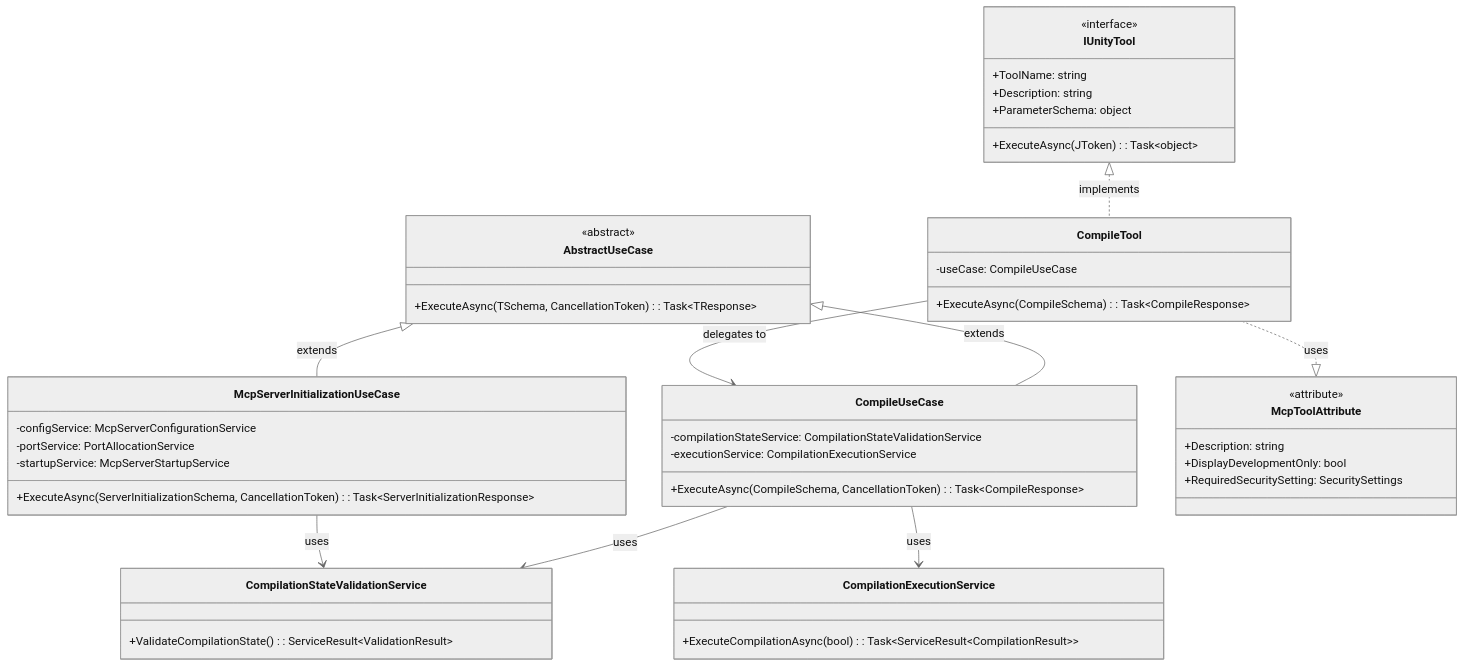
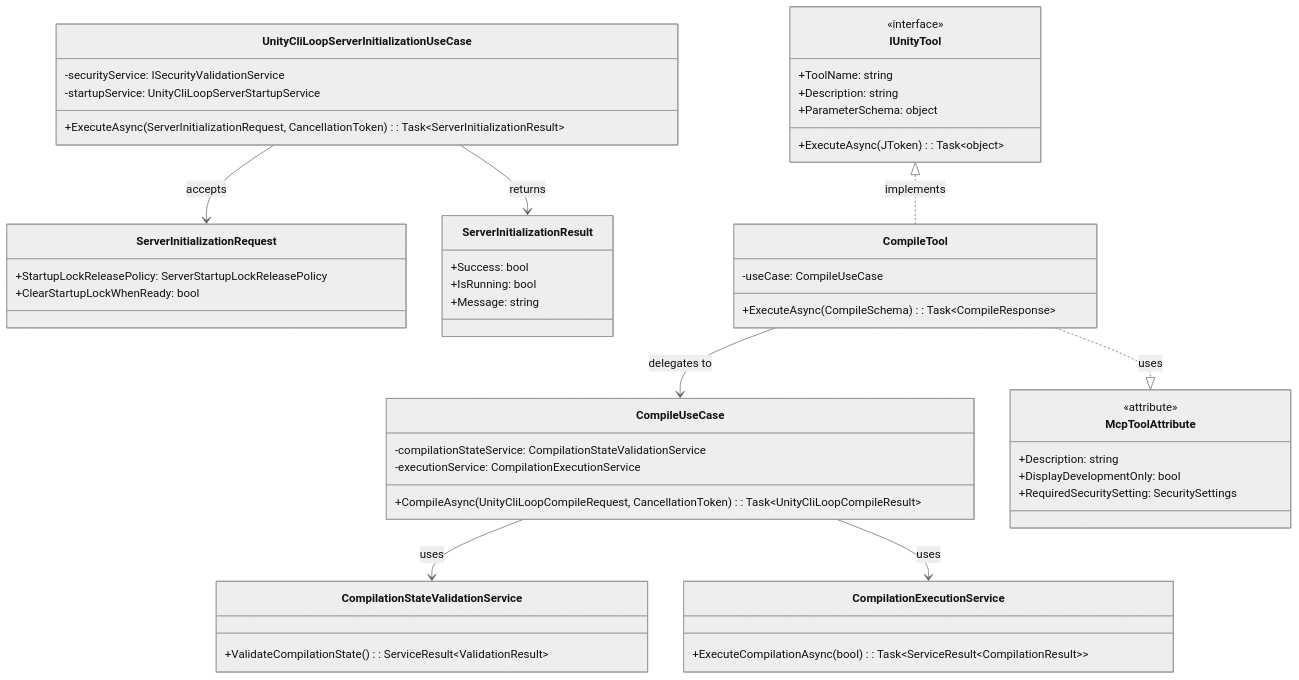
One commit to hatayama/unity-cli-loop changed the fourth of 7 diagrams in Packages/docs/ARCHITECTURE_Unity.md. Above: the diagram before and after it, drawn with Mermaid (neutral theme). The commit also changed other lines of this file and 219 other files, not shown here.

Commit message:
chore: Improve Unity CLI Loop settings and skill setup reliability (#1079)

````diff
--- a/Packages/docs/ARCHITECTURE_Unity.md
+++ b/Packages/docs/ARCHITECTURE_Unity.md
@@ -249,57 +249,61 @@
 ```mermaid
 classDiagram
-    class AbstractUseCase {
-        <<abstract>>
-        +ExecuteAsync(TSchema, CancellationToken): Task~TResponse~
-    }
-
     class CompileUseCase {
         -compilationStateService: CompilationStateValidationService
         -executionService: CompilationExecutionService
-        +ExecuteAsync(CompileSchema, CancellationToken): Task~CompileResponse~
+        +CompileAsync(UnityCliLoopCompileRequest, CancellationToken): Task~UnityCliLoopCompileResult~
     }
 
-    class McpServerInitializationUseCase {
-        -configService: McpServerConfigurationService
-        -portService: PortAllocationService
-        -startupService: McpServerStartupService
-        +ExecuteAsync(ServerInitializationSchema, CancellationToken): Task~ServerInitializationResponse~
+    class UnityCliLoopServerInitializationUseCase {
+        -securityService: ISecurityValidationService
+        -startupService: UnityCliLoopServerStartupService
+        +ExecuteAsync(ServerInitializationRequest, CancellationToken): Task~ServerInitializationResult~
+    }
+
+    class ServerInitializationRequest {
+        +StartupLockReleasePolicy: ServerStartupLockReleasePolicy
+        +ClearStartupLockWhenReady: bool
+    }
+
+    class ServerInitializationResult {
+        +Success: bool
+        +IsRunning: bool
+        +Message: string
     }
 
     class CompilationStateValidationService {
         +ValidateCompilationState(): ServiceResult~ValidationResult~
     }
 
     class CompilationExecutionService {
         +ExecuteCompilationAsync(bool): Task~ServiceResult~CompilationResult~~
     }
 
     class IUnityTool {
         <<interface>>
         +ToolName: string
         +Description: string
         +ParameterSchema: object
         +ExecuteAsync(JToken): Task~object~
     }
 
     class CompileTool {
         -useCase: CompileUseCase
         +ExecuteAsync(CompileSchema): Task~CompileResponse~
     }
 
     class McpToolAttribute {
         <<attribute>>
         +Description: string
         +DisplayDevelopmentOnly: bool
         +RequiredSecuritySetting: SecuritySettings
     }
 
-    AbstractUseCase <|-- CompileUseCase : extends
-    AbstractUseCase <|-- McpServerInitializationUseCase : extends
     CompileUseCase --> CompilationStateValidationService : uses
     CompileUseCase --> CompilationExecutionService : uses
-    McpServerInitializationUseCase --> CompilationStateValidationService : uses
+    UnityCliLoopServerInitializationUseCase --> ServerInitializationRequest : accepts
+    UnityCliLoopServerInitializationUseCase --> ServerInitializationResult : returns
     IUnityTool <|.. CompileTool : implements
     CompileTool --> CompileUseCase : delegates to
     CompileTool ..|> McpToolAttribute : uses
 ```
````
